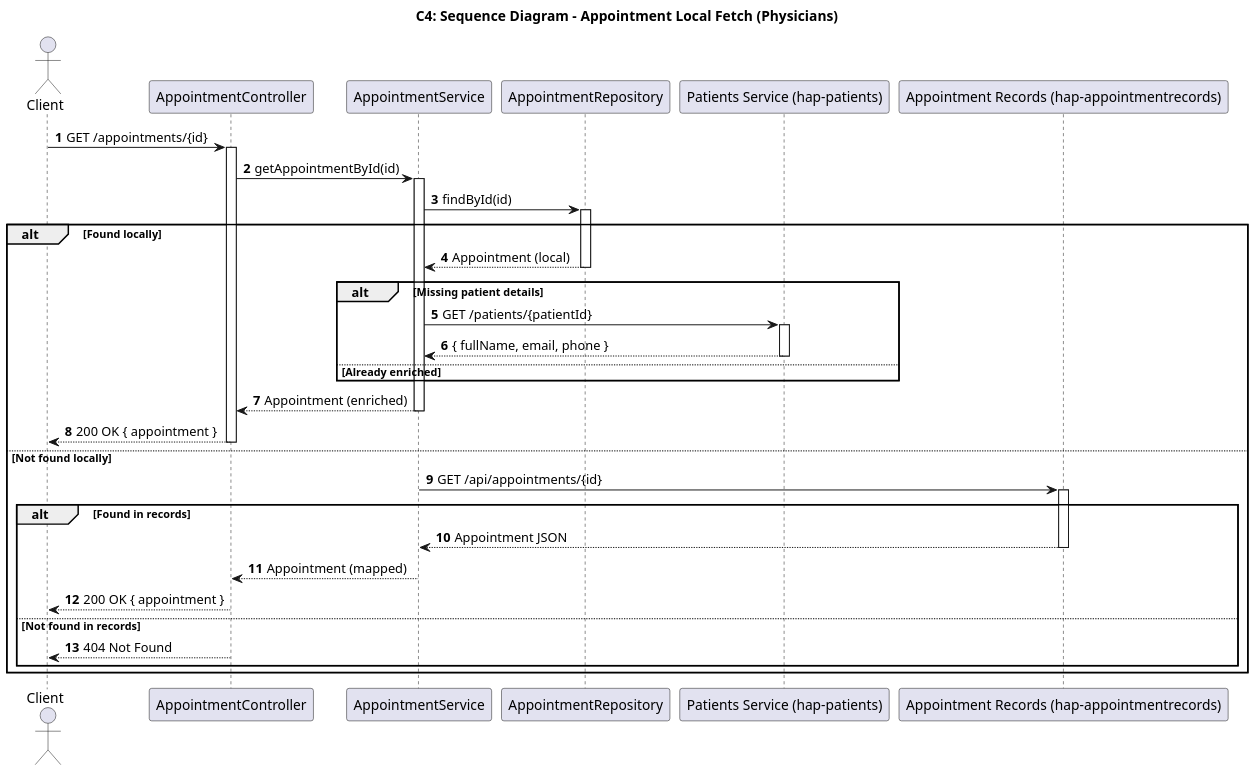
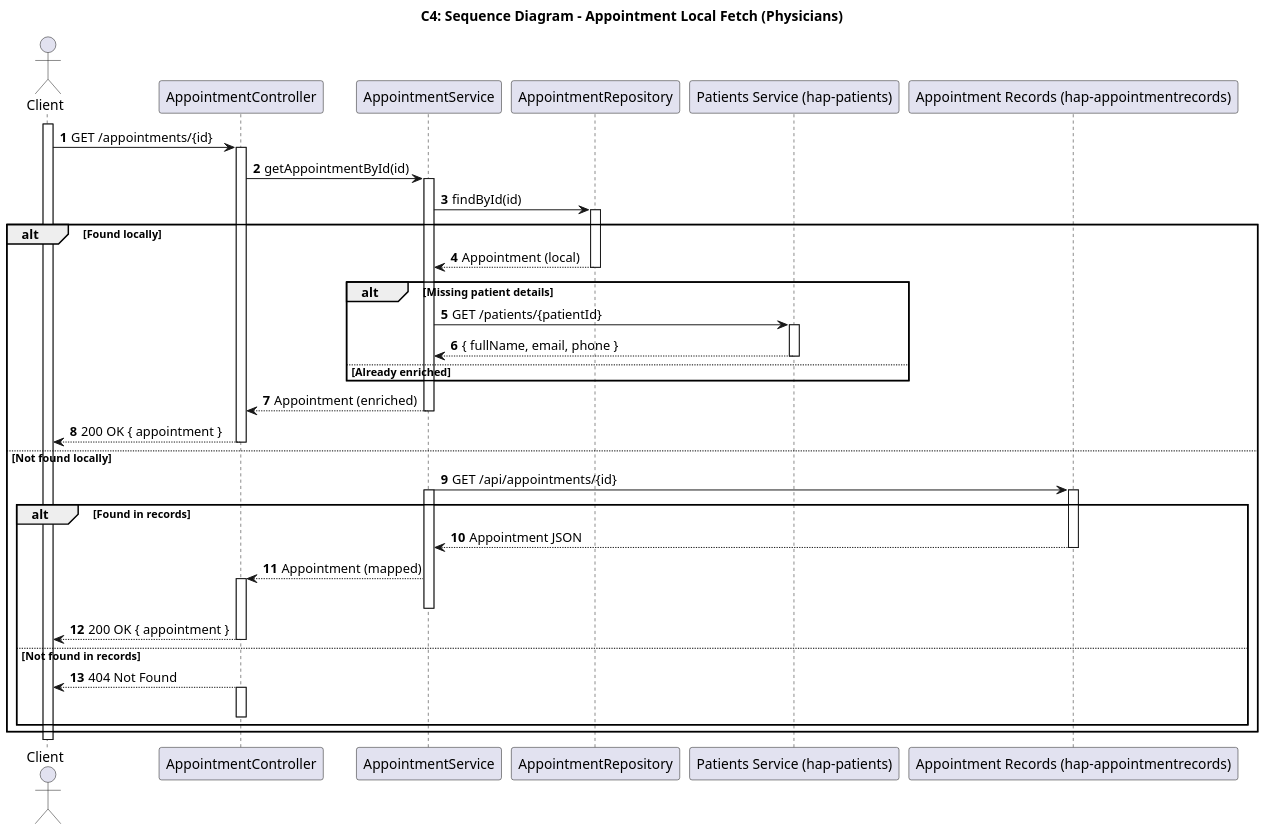
The diagram in DOCS/C4+1/C4+1-AppointmentLocalFetch-Sequence.puml (pedrods05/LETI_SIDIS_3DA_6), drawn with PlantUML before and after one commit. The commit also changed 12 other files, not shown here.

Commit message:
ajustes diagramas

```diff
--- a/DOCS/C4+1/C4+1-AppointmentLocalFetch-Sequence.puml
+++ b/DOCS/C4+1/C4+1-AppointmentLocalFetch-Sequence.puml
@@ -1,58 +1,62 @@
 @startuml
 ' C4+1 — Appointment local fetch SD (layered)
 skinparam dpi 150
 skinparam shadowing false
 skinparam DefaultFontName Arial
 
 title C4: Sequence Diagram - Appointment Local Fetch (Physicians)
 
 actor Client
 participant "AppointmentController" as Controller
 participant "AppointmentService" as Service
 participant "AppointmentRepository" as Repo
 participant "Patients Service (hap-patients)" as Patients
 participant "Appointment Records (hap-appointmentrecords)" as Records
 
+activate Client
 autonumber
 Client -> Controller : GET /appointments/{id}
 activate Controller
 Controller -> Service : getAppointmentById(id)
 activate Service
 Service -> Repo : findById(id)
 activate Repo
 alt Found locally
   Repo --> Service : Appointment (local)
   deactivate Repo
   alt Missing patient details
     Service -> Patients : GET /patients/{patientId}
     activate Patients
     Patients --> Service : { fullName, email, phone }
     deactivate Patients
   else Already enriched
   end
   Service --> Controller : Appointment (enriched)
   deactivate Service
   Controller --> Client : 200 OK { appointment }
   deactivate Controller
 else Not found locally
   ' no explicit null return from Repo
   deactivate Repo
   Service -> Records : GET /api/appointments/{id}
+  activate Service
   activate Records
   alt Found in records
     Records --> Service : Appointment JSON
     deactivate Records
     Service --> Controller : Appointment (mapped)
+    activate Controller
     deactivate Service
     Controller --> Client : 200 OK { appointment }
     deactivate Controller
   else Not found in records
     ' close records and service without explicit NotFound arrows
     deactivate Records
     deactivate Service
     Controller --> Client : 404 Not Found
+    activate Controller
     deactivate Controller
   end
 end
 
 @enduml
```
